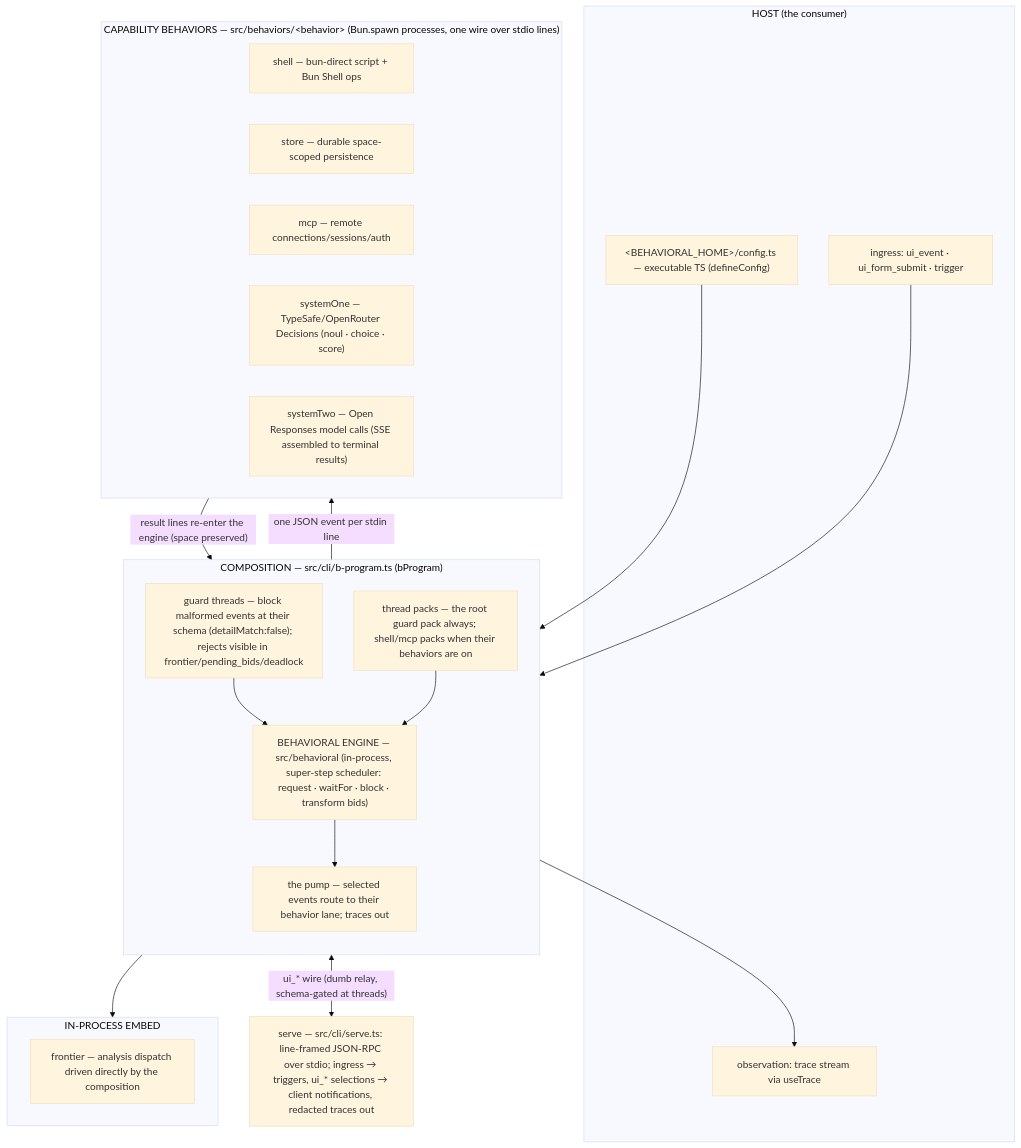
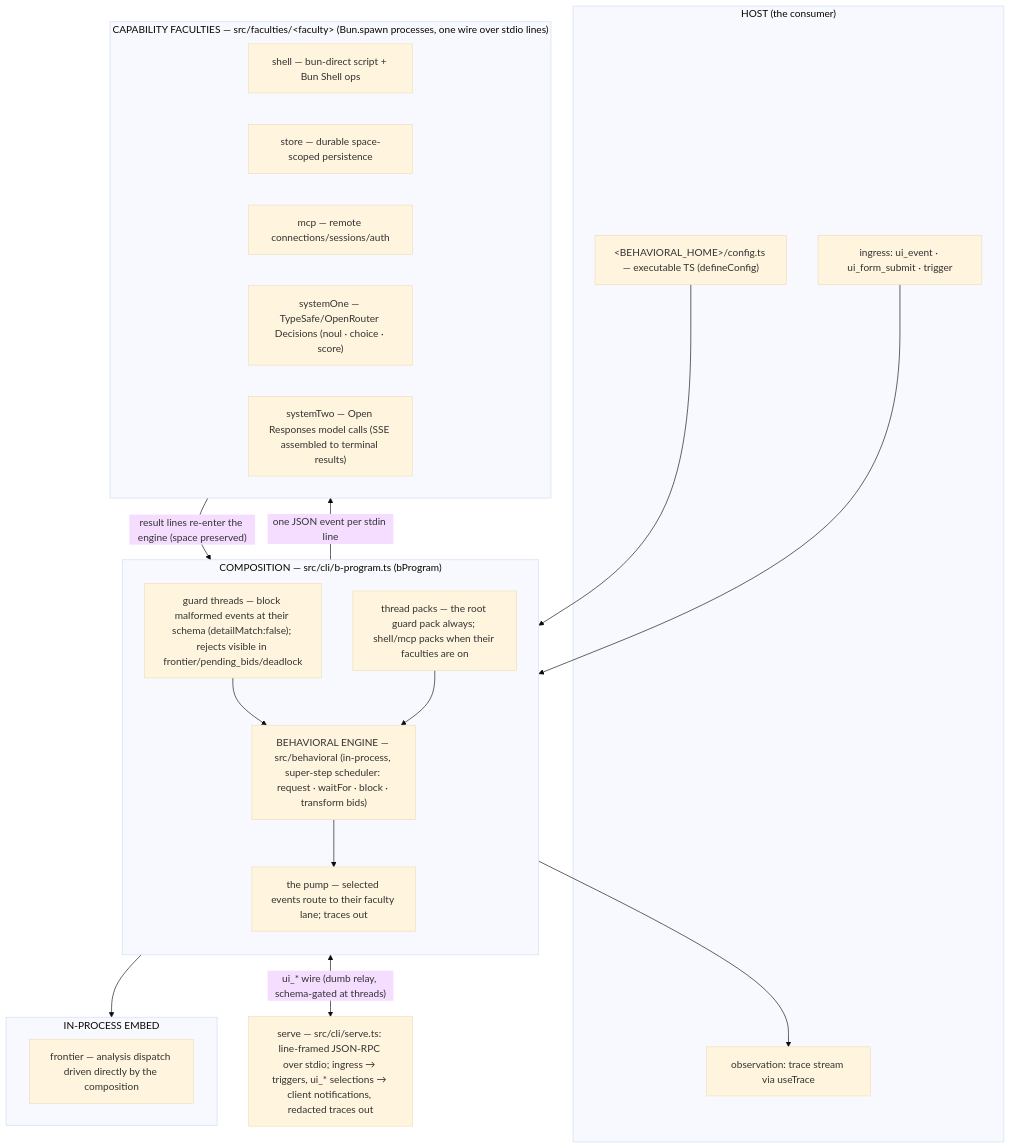
Before and after one commit to plaited/behavioral: the diagram in README.md, drawn with Mermaid (base theme). The commit also changed other lines of this file and 106 other files, not shown here.

````diff
--- a/README.md
+++ b/README.md
@@ -16,41 +16,41 @@
 ```mermaid
 flowchart TD
   subgraph HOST["HOST (the consumer)"]
     CONFIG["&lt;BEHAVIORAL_HOME&gt;/config.ts — executable TS (defineConfig)"]
     INGRESS["ingress: ui_event · ui_form_submit · trigger"]
     OUT["observation: trace stream via useTrace"]
   end
 
   subgraph COMPOSE["COMPOSITION — src/cli/b-program.ts (bProgram)"]
     direction TB
     ENGINE["BEHAVIORAL ENGINE — src/behavioral (in-process, super-step scheduler: request · waitFor · block · transform bids)"]
-    ROUTER["the pump — selected events route to their behavior lane; traces out"]
+    ROUTER["the pump — selected events route to their faculty lane; traces out"]
     GUARDS["guard threads — block malformed events at their schema (detailMatch:false); rejects visible in frontier/pending_bids/deadlock"]
-    PACKS["thread packs — the root guard pack always; shell/mcp packs when their behaviors are on"]
+    PACKS["thread packs — the root guard pack always; shell/mcp packs when their faculties are on"]
     ENGINE --> ROUTER
     GUARDS --> ENGINE
     PACKS --> ENGINE
   end
 
-  subgraph BEHAVIORS["CAPABILITY BEHAVIORS — src/behaviors/&lt;behavior&gt; (Bun.spawn processes, one wire over stdio lines)"]
+  subgraph FACULTIES["CAPABILITY FACULTIES — src/faculties/&lt;faculty&gt; (Bun.spawn processes, one wire over stdio lines)"]
     SHELL["shell — bun-direct script + Bun Shell ops"]
     STORE["store — durable space-scoped persistence"]
     MCP["mcp — remote connections/sessions/auth"]
     S1["systemOne — TypeSafe/OpenRouter Decisions (noul · choice · score)"]
     S2["systemTwo — Open Responses model calls (SSE assembled to terminal results)"]
   end
 
   subgraph EMBED["IN-PROCESS EMBED"]
     FRONTIER["frontier — analysis dispatch driven directly by the composition"]
   end
 
   IPC["serve — src/cli/serve.ts: line-framed JSON-RPC over stdio; ingress → triggers, ui_* selections → client notifications, redacted traces out"]
 
   CONFIG --> COMPOSE
   INGRESS --> COMPOSE
   COMPOSE --> OUT
-  ROUTER -->|"one JSON event per stdin line"| BEHAVIORS
-  BEHAVIORS -->|"result lines re-enter the engine (space preserved)"| ROUTER
+  ROUTER -->|"one JSON event per stdin line"| FACULTIES
+  FACULTIES -->|"result lines re-enter the engine (space preserved)"| ROUTER
   COMPOSE --> EMBED
   COMPOSE <-->|"ui_* wire (dumb relay, schema-gated at threads)"| IPC
 ```
````
